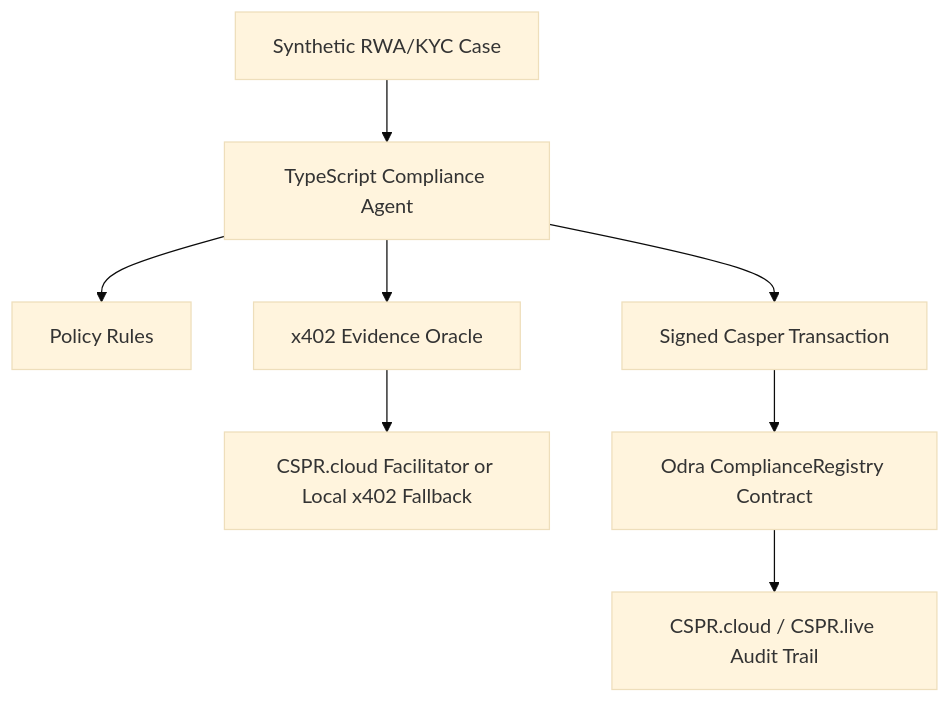
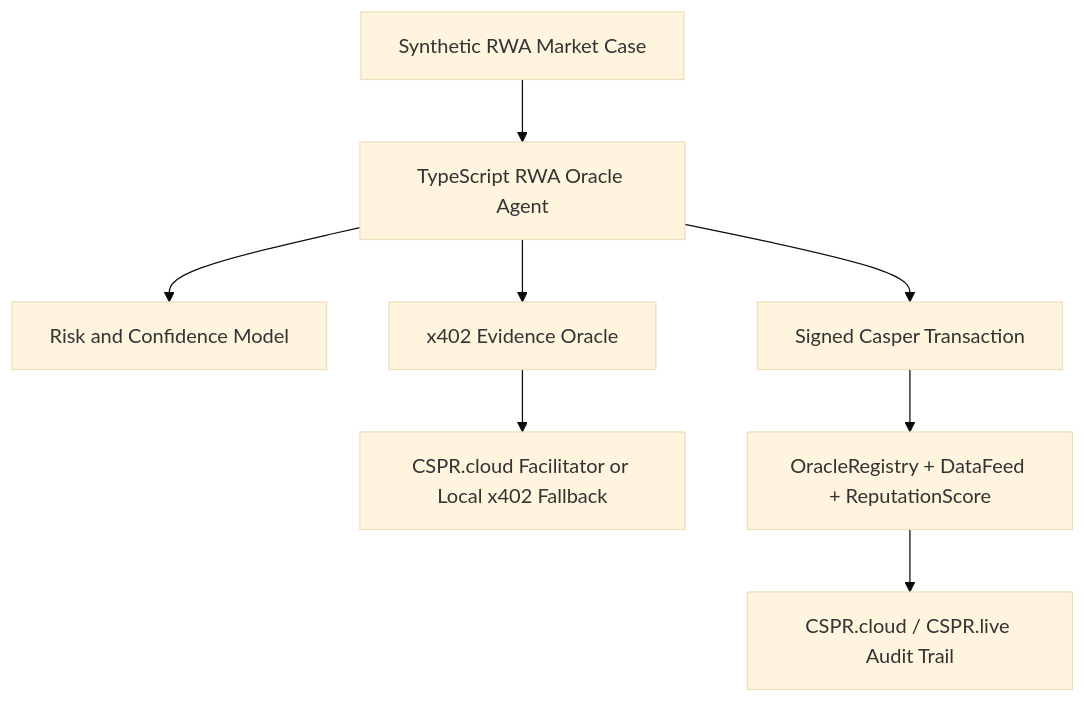
Before and after one commit to wangyichang-studo/casper-rwa-oracle-agent: the diagram in docs/project-guide.md, drawn with Mermaid (base theme). The commit also changed other lines of this file and 10 other files, not shown here.

````diff
--- a/docs/project-guide.md
+++ b/docs/project-guide.md
@@ -35,10 +36,10 @@
 ```mermaid
 flowchart TD
-  Intake["Synthetic RWA/KYC Case"] --> Agent["TypeScript Compliance Agent"]
-  Agent --> Rules["Policy Rules"]
+  Intake["Synthetic RWA Market Case"] --> Agent["TypeScript RWA Oracle Agent"]
+  Agent --> Rules["Risk and Confidence Model"]
   Agent --> Evidence["x402 Evidence Oracle"]
   Evidence --> Facilitator["CSPR.cloud Facilitator or Local x402 Fallback"]
   Agent --> Deploy["Signed Casper Transaction"]
-  Deploy --> Registry["Odra ComplianceRegistry Contract"]
+  Deploy --> Registry["OracleRegistry + DataFeed + ReputationScore"]
   Registry --> Audit["CSPR.cloud / CSPR.live Audit Trail"]
 ```
````
